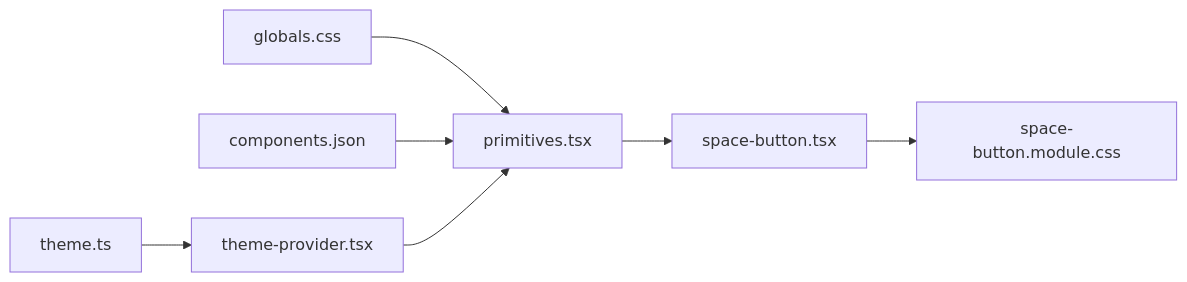
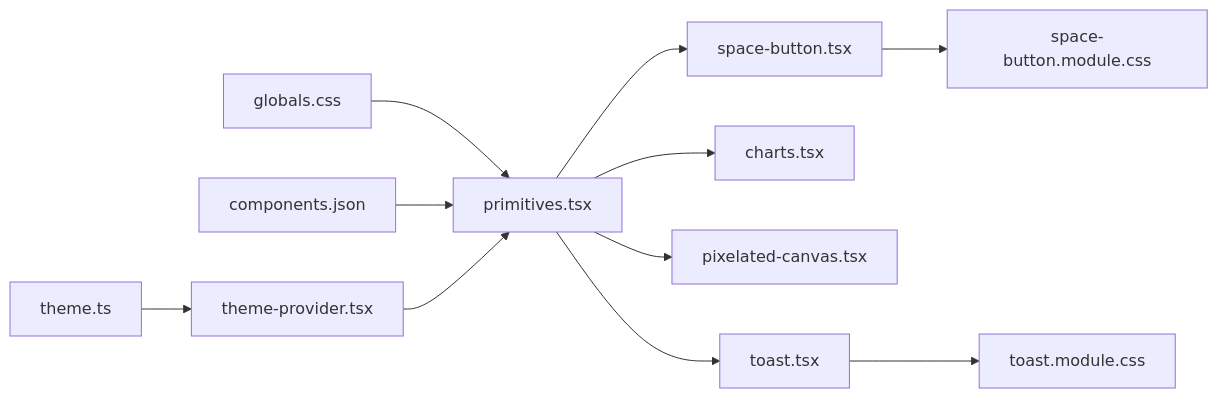
The ninth of 9 diagrams in .qoder/repowiki/en/content/Frontend Architecture/Component Library/UI Primitives.md (HassanAmeer/cheaprouter), drawn with Mermaid before and after one commit. The commit also changed other lines of this file and 54 other files, not shown here.

````diff
--- a/.qoder/repowiki/en/content/Frontend Architecture/Component Library/UI Primitives.md
+++ b/.qoder/repowiki/en/content/Frontend Architecture/Component Library/UI Primitives.md
@@ -351,9 +478,13 @@
 ```mermaid
 graph LR
 G["globals.css"] --> P["primitives.tsx"]
 C["components.json"] --> P
 TH["theme.ts"] --> TP["theme-provider.tsx"]
 TP --> P
 P --> SB["space-button.tsx"]
+P --> CH["charts.tsx"]
+P --> PC["pixelated-canvas.tsx"]
+P --> TST["toast.tsx"]
 SB --> SBCSS["space-button.module.css"]
+TST --> TCSS["toast.module.css"]
 ```
````
